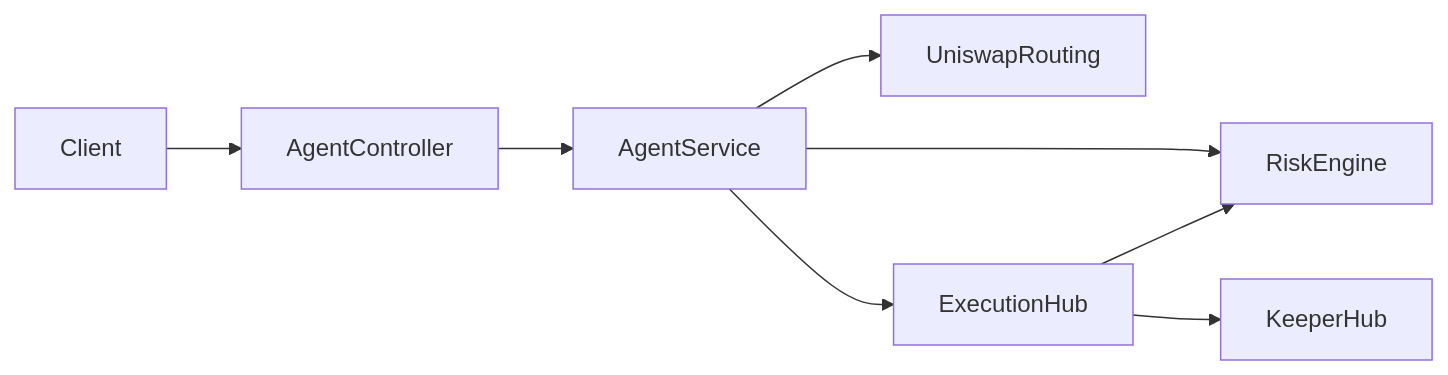
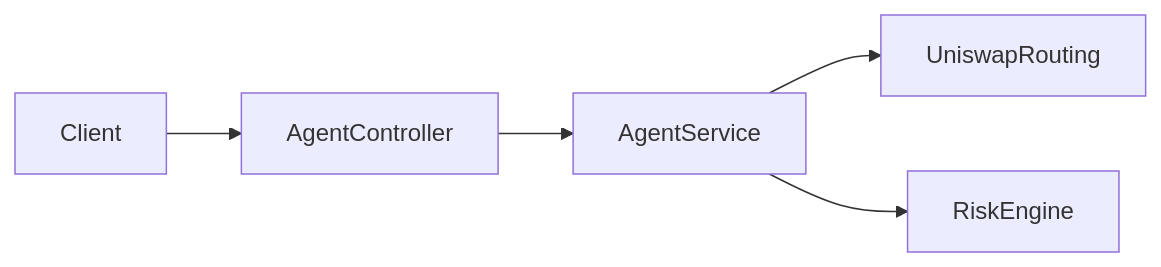
One commit to Miguiz/guardian-agent changed the diagram in README.md. Above: the diagram before and after it, drawn with Mermaid. The commit also changed other lines of this file and 17 other files, not shown here.

````diff
--- a/README.md
+++ b/README.md
@@ -79,10 +77,7 @@
 ```mermaid
 flowchart LR
   Client --> AgentController
   AgentController --> AgentService
   AgentService --> UniswapRouting
   AgentService --> RiskEngine
-  AgentService --> ExecutionHub
-  ExecutionHub --> RiskEngine
-  ExecutionHub --> KeeperHub
 ```
````
